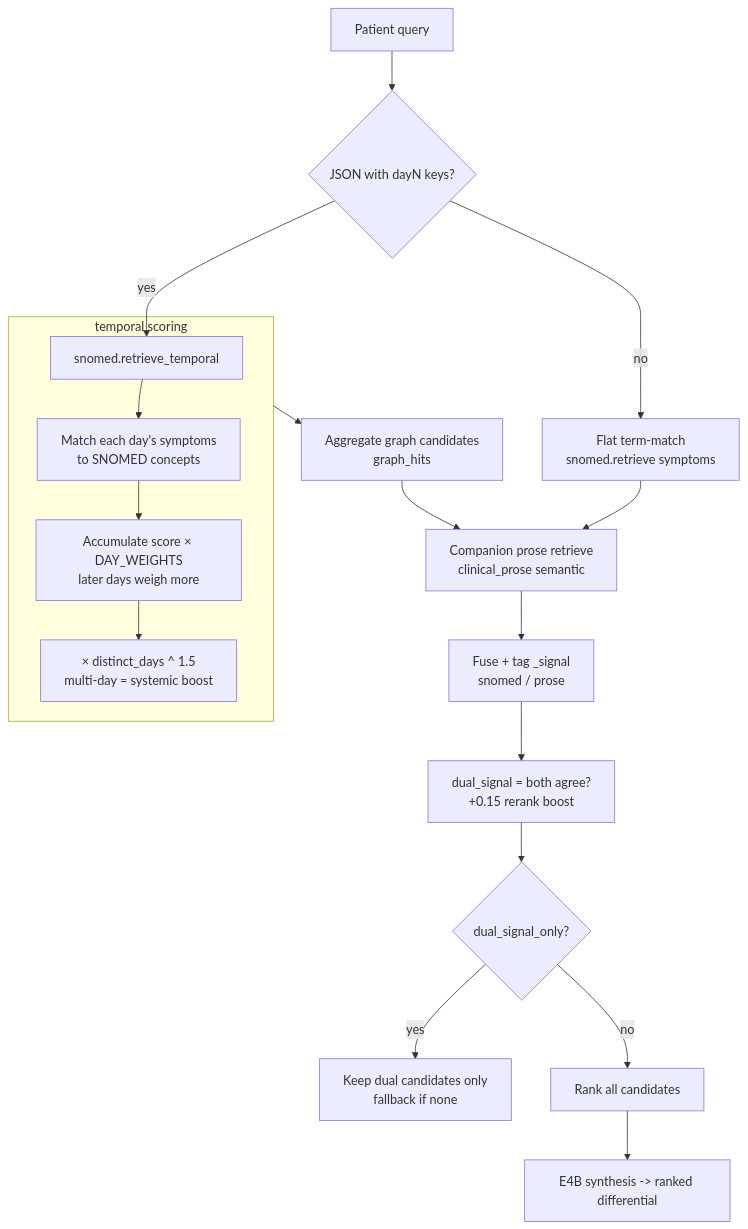
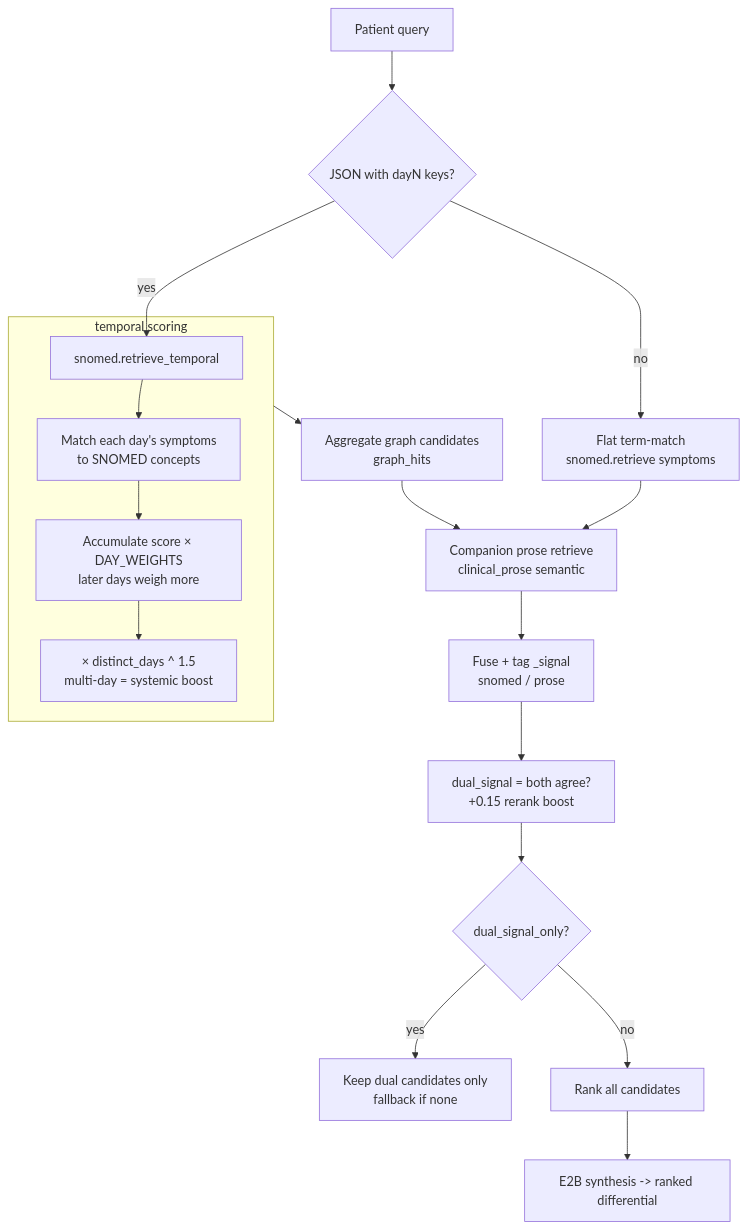
One commit to reinhardjs/polyglot-graphrag changed the diagram in docs/temporal-diagnosis.md. Above: the diagram before and after it, drawn with Mermaid. The commit also changed 17 other files, not shown here.

````diff
--- a/docs/temporal-diagnosis.md
+++ b/docs/temporal-diagnosis.md
@@ -21,23 +21,23 @@
 ```mermaid
 flowchart TD
     A[Patient query] --> B{JSON with dayN keys?}
     B -- no --> C[Flat term-match<br/>snomed.retrieve symptoms]
     B -- yes --> D[snomed.retrieve_temporal]
 
     subgraph T[temporal scoring]
         D --> E[Match each day's symptoms<br/>to SNOMED concepts]
         E --> F[Accumulate score × DAY_WEIGHTS<br/>later days weigh more]
         F --> G[× distinct_days ^ 1.5<br/>multi-day = systemic boost]
     end
 
     T --> H[Aggregate graph candidates<br/>graph_hits]
     H --> I[Companion prose retrieve<br/>clinical_prose semantic]
     I --> J[Fuse + tag _signal<br/>snomed / prose]
     J --> K[dual_signal = both agree?<br/>+0.15 rerank boost]
     K --> L{dual_signal_only?}
     L -- yes --> M[Keep dual candidates only<br/>fallback if none]
     L -- no --> N[Rank all candidates]
-    N --> O[E4B synthesis -> ranked differential]
+    N --> O[E2B synthesis -> ranked differential]
 
     C --> I
 ```
````
